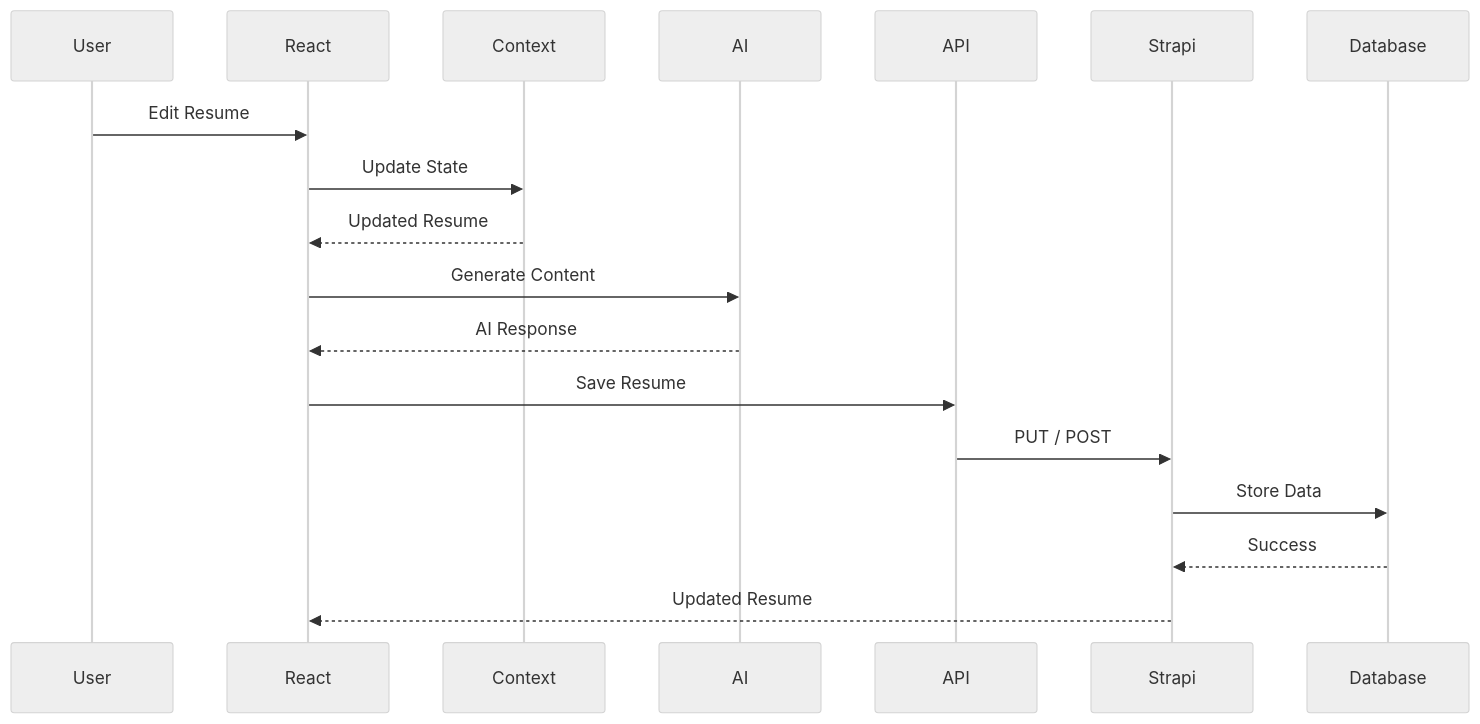
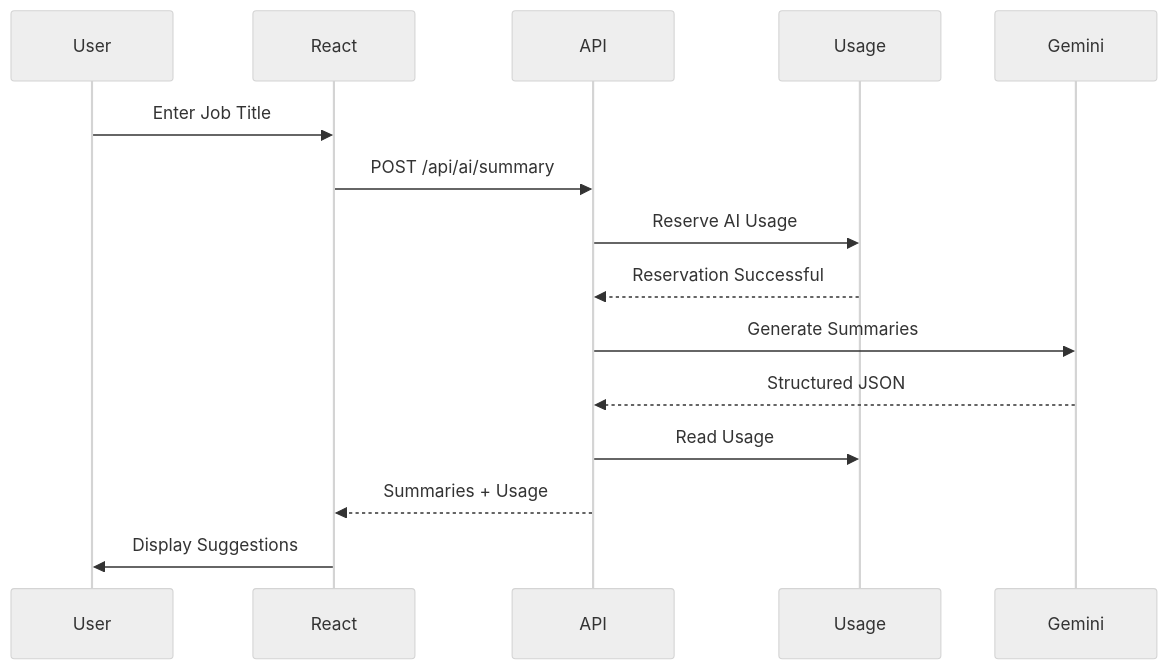
The third of 5 diagrams in README.md (Ayyah-Coded/ResumeFlow), drawn with Mermaid (neutral theme) before and after one commit. The commit also changed other lines of this file, not shown here.

````diff
--- a/README.md
+++ b/README.md
@@ -496,31 +342,18 @@
 ```mermaid
 sequenceDiagram
+    participant User
+    participant React
+    participant API
+    participant Usage
+    participant Gemini
 
-participant User
-participant React
-participant Context
-participant AI
-participant API
-participant Strapi
-participant Database
-
-User->>React: Edit Resume
-
-React->>Context: Update State
-
-Context-->>React: Updated Resume
-
-React->>AI: Generate Content
-
-AI-->>React: AI Response
-
-React->>API: Save Resume
-
-API->>Strapi: PUT / POST
-
-Strapi->>Database: Store Data
-
-Database-->>Strapi: Success
-
-Strapi-->>React: Updated Resume
+    User->>React: Enter Job Title
+    React->>API: POST /api/ai/summary
+    API->>Usage: Reserve AI Usage
+    Usage-->>API: Reservation Successful
+    API->>Gemini: Generate Summaries
+    Gemini-->>API: Structured JSON
+    API->>Usage: Read Usage
+    API-->>React: Summaries + Usage
+    React->>User: Display Suggestions
 ```
````
